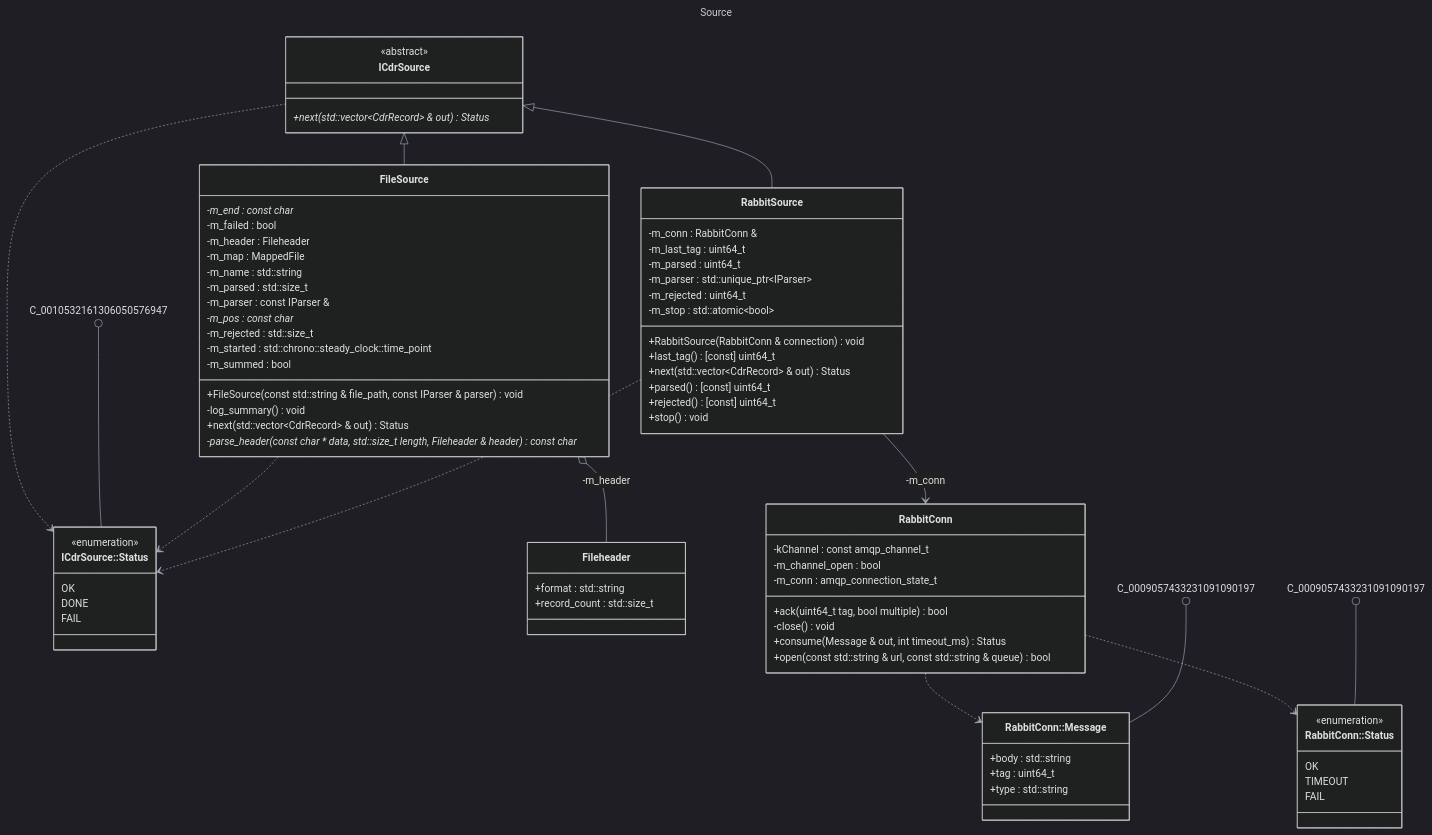
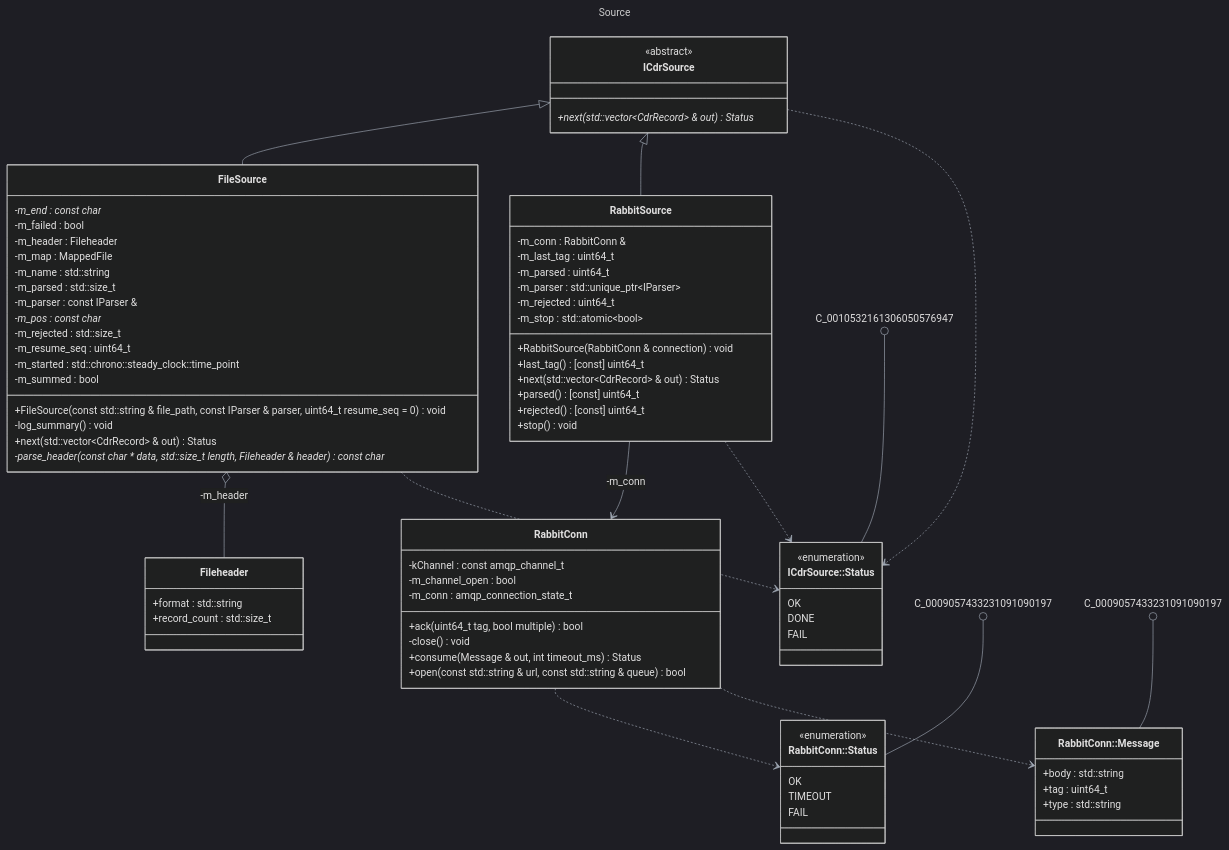
The seventh of 8 diagrams in docs/Class_Diagrams.md (shalom2552/cdr-processor), drawn with Mermaid before and after one commit. The commit also changed other lines of this file and 5 other files, not shown here.

Commit message:
chore(uml): update uml diagrams

````diff
--- a/docs/Class_Diagrams.md
+++ b/docs/Class_Diagrams.md
@@ -562,41 +573,6 @@
 ---
 %%{init: {"theme": "dark", "themeVariables": {"lineColor": "#a0a8b4"}}}%%
 classDiagram
-    class C_0010532161306050576947["ICdrSource"]
-    class C_0010532161306050576947 {
-        <<abstract>>
-        +next(std::vector&lt;CdrRecord&gt; & out) Status*
-    }
-    class C_0006310024394149221776["ICdrSource::Status"]
-    class C_0006310024394149221776 {
-        <<enumeration>>
-        OK
-        DONE
-        FAIL
-    }
-    class C_0013134599859822896761["Fileheader"]
-    class C_0013134599859822896761 {
-        +format : std::string
-        +record_count : std::size_t
-    }
-    class C_0016628722800302877088["FileSource"]
-    class C_0016628722800302877088 {
-        +FileSource(const std::string & file_path, const IParser & parser) void
-        -log_summary() void
-        +next(std::vector&lt;CdrRecord&gt; & out) Status
-        -parse_header(const char * data, std::size_t length, Fileheader & header) const char *
-        -m_end : const char *
-        -m_failed : bool
-        -m_header : Fileheader
-        -m_map : MappedFile
-        -m_name : std::string
-        -m_parsed : std::size_t
-        -m_parser : const IParser &
-        -m_pos : const char *
-        -m_rejected : std::size_t
-        -m_started : std::chrono::steady_clock::time_point
-        -m_summed : bool
-    }
     class C_0009057433231091090197["RabbitConn"]
     class C_0009057433231091090197 {
         +ack(uint64_t tag, bool multiple) bool
@@ -620,6 +596,18 @@
         +tag : uint64_t
         +type : std::string
     }
+    class C_0010532161306050576947["ICdrSource"]
+    class C_0010532161306050576947 {
+        <<abstract>>
+        +next(std::vector&lt;CdrRecord&gt; & out) Status*
+    }
+    class C_0006310024394149221776["ICdrSource::Status"]
+    class C_0006310024394149221776 {
+        <<enumeration>>
+        OK
+        DONE
+        FAIL
+    }
     class C_0015504900303477001044["RabbitSource"]
     class C_0015504900303477001044 {
         +RabbitSource(RabbitConn & connection) void
@@ -635,17 +623,41 @@
         -m_rejected : uint64_t
         -m_stop : std::atomic&lt;bool&gt;
     }
-    C_0010532161306050576947 ..> C_0006310024394149221776 : 
-    C_0010532161306050576947 ()-- C_0006310024394149221776 : 
-    C_0016628722800302877088 ..> C_0006310024394149221776 : 
-    C_0016628722800302877088 o-- C_0013134599859822896761 : -m_header
-    C_0010532161306050576947 <|-- C_0016628722800302877088 : 
+    class C_0013134599859822896761["Fileheader"]
+    class C_0013134599859822896761 {
+        +format : std::string
+        +record_count : std::size_t
+    }
+    class C_0016628722800302877088["FileSource"]
+    class C_0016628722800302877088 {
+        +FileSource(const std::string & file_path, const IParser & parser, uint64_t resume_seq = 0) void
+        -log_summary() void
+        +next(std::vector&lt;CdrRecord&gt; & out) Status
+        -parse_header(const char * data, std::size_t length, Fileheader & header) const char *
+        -m_end : const char *
+        -m_failed : bool
+        -m_header : Fileheader
+        -m_map : MappedFile
+        -m_name : std::string
+        -m_parsed : std::size_t
+        -m_parser : const IParser &
+        -m_pos : const char *
+        -m_rejected : std::size_t
+        -m_resume_seq : uint64_t
+        -m_started : std::chrono::steady_clock::time_point
+        -m_summed : bool
+    }
     C_0009057433231091090197 ..> C_0001383762067525064699 : 
     C_0009057433231091090197 ..> C_0011484212647697987719 : 
     C_0009057433231091090197 ()-- C_0011484212647697987719 : 
     C_0009057433231091090197 ()-- C_0001383762067525064699 : 
+    C_0010532161306050576947 ..> C_0006310024394149221776 : 
+    C_0010532161306050576947 ()-- C_0006310024394149221776 : 
     C_0015504900303477001044 ..> C_0006310024394149221776 : 
     C_0015504900303477001044 --> C_0009057433231091090197 : -m_conn
     C_0010532161306050576947 <|-- C_0015504900303477001044 : 
+    C_0016628722800302877088 ..> C_0006310024394149221776 : 
+    C_0016628722800302877088 o-- C_0013134599859822896761 : -m_header
+    C_0010532161306050576947 <|-- C_0016628722800302877088 : 
 
 ```
````
